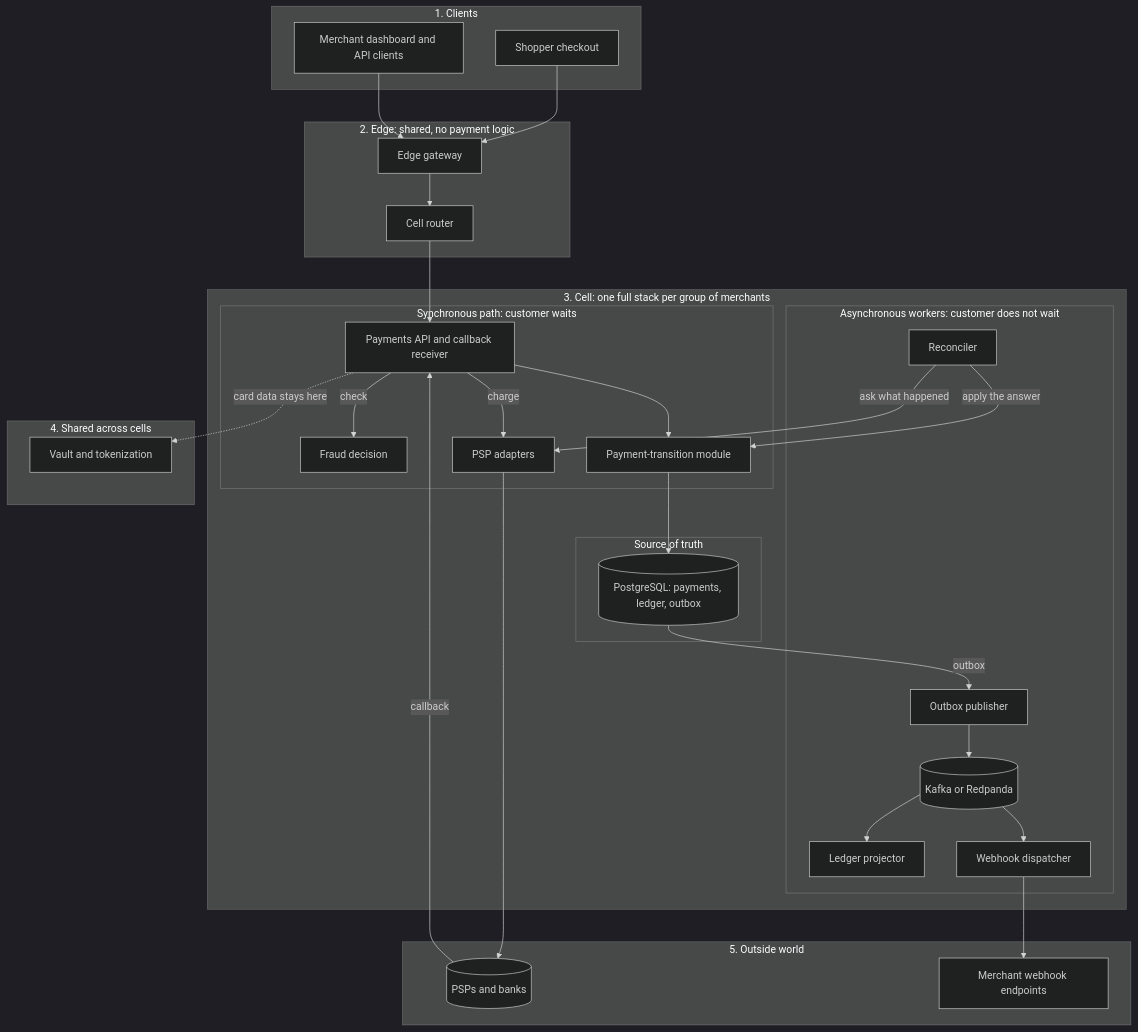
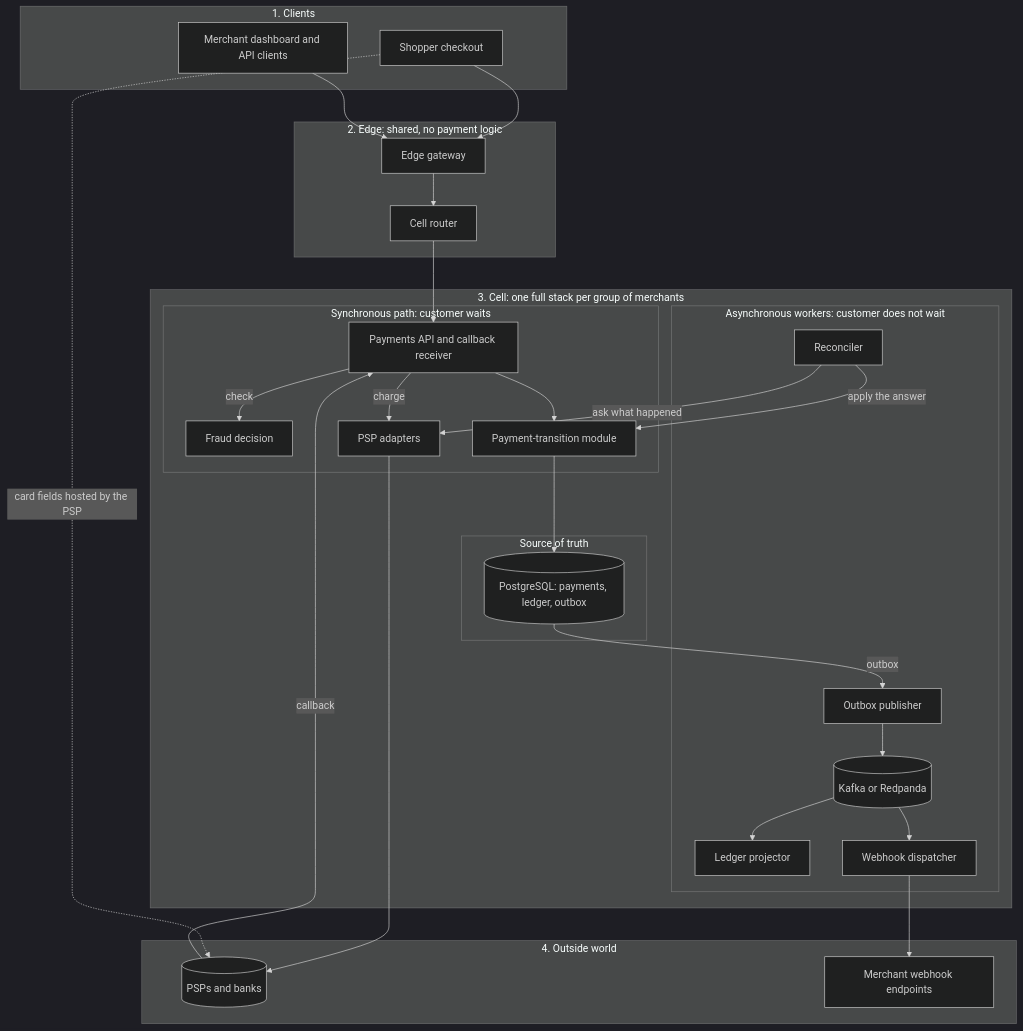
One commit to EganNguyen/Open-Payments changed the diagram in docs/architecture.md. Above: the diagram before and after it, drawn with Mermaid (dark theme). The commit also changed other lines of this file and 16 other files, not shown here.

````diff
--- a/docs/architecture.md
+++ b/docs/architecture.md
@@ -48,54 +48,50 @@
 ```mermaid
 flowchart TB
   subgraph B1[1. Clients]
     Shop[Shopper checkout]
     Merch[Merchant dashboard and API clients]
   end
 
   subgraph B2[2. Edge: shared, no payment logic]
     Edge[Edge gateway]
     Router[Cell router]
   end
 
   subgraph B3[3. Cell: one full stack per group of merchants]
     subgraph SYNC[Synchronous path: customer waits]
       API[Payments API and callback receiver]
       Fraud[Fraud decision]
       PSPA[PSP adapters]
       Mod[Payment-transition module]
     end
     subgraph DATA[Source of truth]
       DB[(PostgreSQL: payments, ledger, outbox)]
     end
     subgraph ASYNC[Asynchronous workers: customer does not wait]
       Pub[Outbox publisher]
       Broker[(Kafka or Redpanda)]
       Proj[Ledger projector]
       Hooks[Webhook dispatcher]
       Rec[Reconciler]
     end
   end
 
-  subgraph B4[4. Shared across cells]
-    Vault[Vault and tokenization]
-  end
-
-  subgraph B5[5. Outside world]
+  subgraph B5[4. Outside world]
     PSP[(PSPs and banks)]
     Ends[Merchant webhook endpoints]
   end
 
   Shop --> Edge
   Merch --> Edge
   Edge --> Router --> API
   API -->|check| Fraud
   API -->|charge| PSPA --> PSP
   PSP -->|callback| API
   API --> Mod --> DB
-  API -. card data stays here .-> Vault
+  Shop -. card fields hosted by the PSP .-> PSP
   DB -->|outbox| Pub --> Broker
   Broker --> Proj
   Broker --> Hooks --> Ends
   Rec -->|ask what happened| PSPA
   Rec -->|apply the answer| Mod
 ```
````
